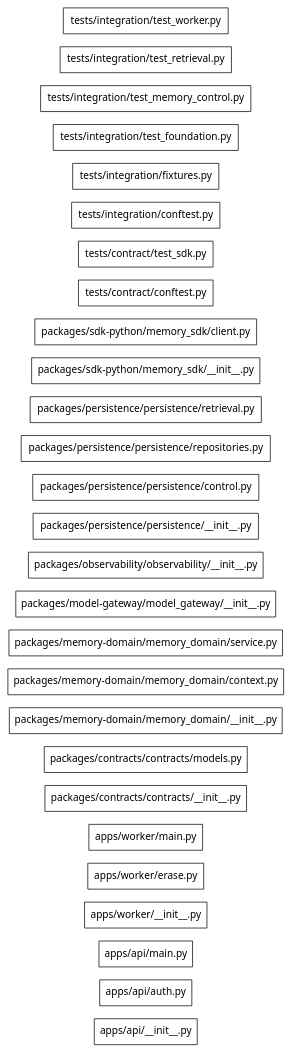
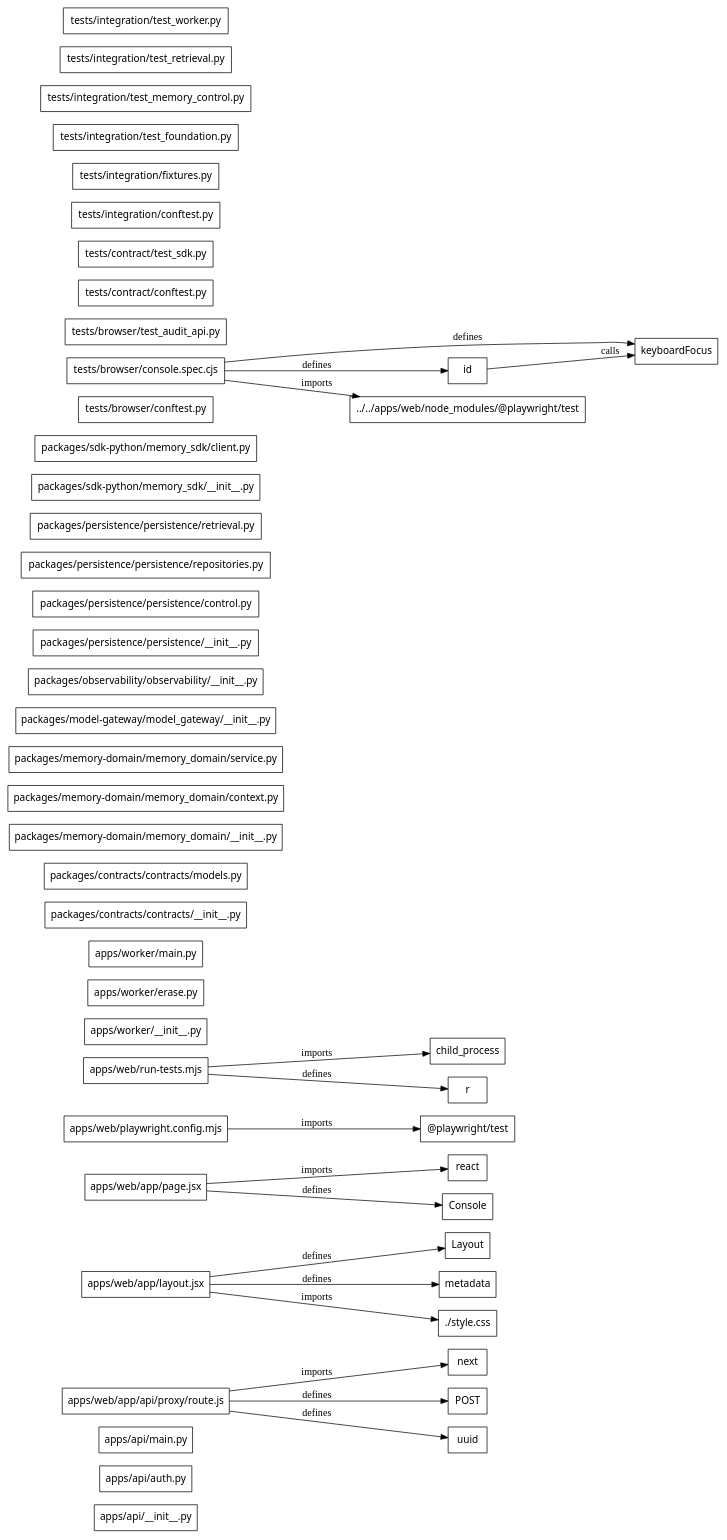
Before and after one commit to Samyak-jain7/agent-memory: the diagram in .genesis/index/graph.dot, drawn with Graphviz. The commit also changed 29 other files, not shown here.

```diff
--- a/.genesis/index/graph.dot
+++ b/.genesis/index/graph.dot
@@ -1,32 +1,68 @@
 digraph genesis {
   rankdir=LR;
   node [shape=box,fontname="system-ui"];
   "file:apps/api/__init__.py" [label="apps/api/__init__.py",class="file"];
   "file:apps/api/auth.py" [label="apps/api/auth.py",class="file"];
   "file:apps/api/main.py" [label="apps/api/main.py",class="file"];
+  "file:apps/web/app/api/proxy/route.js" [label="apps/web/app/api/proxy/route.js",class="file"];
+  "file:apps/web/app/layout.jsx" [label="apps/web/app/layout.jsx",class="file"];
+  "file:apps/web/app/page.jsx" [label="apps/web/app/page.jsx",class="file"];
+  "file:apps/web/playwright.config.mjs" [label="apps/web/playwright.config.mjs",class="file"];
+  "file:apps/web/run-tests.mjs" [label="apps/web/run-tests.mjs",class="file"];
   "file:apps/worker/__init__.py" [label="apps/worker/__init__.py",class="file"];
   "file:apps/worker/erase.py" [label="apps/worker/erase.py",class="file"];
   "file:apps/worker/main.py" [label="apps/worker/main.py",class="file"];
   "file:packages/contracts/contracts/__init__.py" [label="packages/contracts/contracts/__init__.py",class="file"];
   "file:packages/contracts/contracts/models.py" [label="packages/contracts/contracts/models.py",class="file"];
   "file:packages/memory-domain/memory_domain/__init__.py" [label="packages/memory-domain/memory_domain/__init__.py",class="file"];
   "file:packages/memory-domain/memory_domain/context.py" [label="packages/memory-domain/memory_domain/context.py",class="file"];
   "file:packages/memory-domain/memory_domain/service.py" [label="packages/memory-domain/memory_domain/service.py",class="file"];
   "file:packages/model-gateway/model_gateway/__init__.py" [label="packages/model-gateway/model_gateway/__init__.py",class="file"];
   "file:packages/observability/observability/__init__.py" [label="packages/observability/observability/__init__.py",class="file"];
   "file:packages/persistence/persistence/__init__.py" [label="packages/persistence/persistence/__init__.py",class="file"];
   "file:packages/persistence/persistence/control.py" [label="packages/persistence/persistence/control.py",class="file"];
   "file:packages/persistence/persistence/repositories.py" [label="packages/persistence/persistence/repositories.py",class="file"];
   "file:packages/persistence/persistence/retrieval.py" [label="packages/persistence/persistence/retrieval.py",class="file"];
   "file:packages/sdk-python/memory_sdk/__init__.py" [label="packages/sdk-python/memory_sdk/__init__.py",class="file"];
   "file:packages/sdk-python/memory_sdk/client.py" [label="packages/sdk-python/memory_sdk/client.py",class="file"];
+  "file:tests/browser/conftest.py" [label="tests/browser/conftest.py",class="file"];
+  "file:tests/browser/console.spec.cjs" [label="tests/browser/console.spec.cjs",class="file"];
+  "file:tests/browser/test_audit_api.py" [label="tests/browser/test_audit_api.py",class="file"];
   "file:tests/contract/conftest.py" [label="tests/contract/conftest.py",class="file"];
   "file:tests/contract/test_sdk.py" [label="tests/contract/test_sdk.py",class="file"];
   "file:tests/integration/conftest.py" [label="tests/integration/conftest.py",class="file"];
   "file:tests/integration/fixtures.py" [label="tests/integration/fixtures.py",class="file"];
   "file:tests/integration/test_foundation.py" [label="tests/integration/test_foundation.py",class="file"];
   "file:tests/integration/test_memory_control.py" [label="tests/integration/test_memory_control.py",class="file"];
   "file:tests/integration/test_retrieval.py" [label="tests/integration/test_retrieval.py",class="file"];
   "file:tests/integration/test_worker.py" [label="tests/integration/test_worker.py",class="file"];
-
+  "package:npm:@playwright/test" [label="@playwright/test",class="package"];
+  "package:npm:next" [label="next",class="package"];
+  "package:npm:react" [label="react",class="package"];
+  "runtime:javascript:child_process" [label="child_process",class="runtime"];
+  "symbol:apps/web/app/api/proxy/route.js#function:POST" [label="POST",class="symbol"];
+  "symbol:apps/web/app/api/proxy/route.js#variable:uuid" [label="uuid",class="symbol"];
+  "symbol:apps/web/app/layout.jsx#function:Layout" [label="Layout",class="symbol"];
+  "symbol:apps/web/app/layout.jsx#variable:metadata" [label="metadata",class="symbol"];
+  "symbol:apps/web/app/page.jsx#function:Console" [label="Console",class="symbol"];
+  "symbol:apps/web/run-tests.mjs#variable:r" [label="r",class="symbol"];
+  "symbol:tests/browser/console.spec.cjs#function:keyboardFocus" [label="keyboardFocus",class="symbol"];
+  "symbol:tests/browser/console.spec.cjs#variable:id" [label="id",class="symbol"];
+  "unresolved:apps/web/app/layout.jsx:./style.css" [label="./style.css",class="unresolved"];
+  "unresolved:tests/browser/console.spec.cjs:../../apps/web/node_modules/@playwright/test" [label="../../apps/web/node_modules/@playwright/test",class="unresolved"];
+  "symbol:tests/browser/console.spec.cjs#variable:id" -> "symbol:tests/browser/console.spec.cjs#function:keyboardFocus" [label="calls"];
+  "file:apps/web/app/api/proxy/route.js" -> "symbol:apps/web/app/api/proxy/route.js#function:POST" [label="defines"];
+  "file:apps/web/app/api/proxy/route.js" -> "symbol:apps/web/app/api/proxy/route.js#variable:uuid" [label="defines"];
+  "file:apps/web/app/layout.jsx" -> "symbol:apps/web/app/layout.jsx#function:Layout" [label="defines"];
+  "file:apps/web/app/layout.jsx" -> "symbol:apps/web/app/layout.jsx#variable:metadata" [label="defines"];
+  "file:apps/web/app/page.jsx" -> "symbol:apps/web/app/page.jsx#function:Console" [label="defines"];
+  "file:apps/web/run-tests.mjs" -> "symbol:apps/web/run-tests.mjs#variable:r" [label="defines"];
+  "file:tests/browser/console.spec.cjs" -> "symbol:tests/browser/console.spec.cjs#function:keyboardFocus" [label="defines"];
+  "file:tests/browser/console.spec.cjs" -> "symbol:tests/browser/console.spec.cjs#variable:id" [label="defines"];
+  "file:apps/web/app/api/proxy/route.js" -> "package:npm:next" [label="imports"];
+  "file:apps/web/app/layout.jsx" -> "unresolved:apps/web/app/layout.jsx:./style.css" [label="imports"];
+  "file:apps/web/app/page.jsx" -> "package:npm:react" [label="imports"];
+  "file:apps/web/playwright.config.mjs" -> "package:npm:@playwright/test" [label="imports"];
+  "file:apps/web/run-tests.mjs" -> "runtime:javascript:child_process" [label="imports"];
+  "file:tests/browser/console.spec.cjs" -> "unresolved:tests/browser/console.spec.cjs:../../apps/web/node_modules/@playwright/test" [label="imports"];
 }
```
